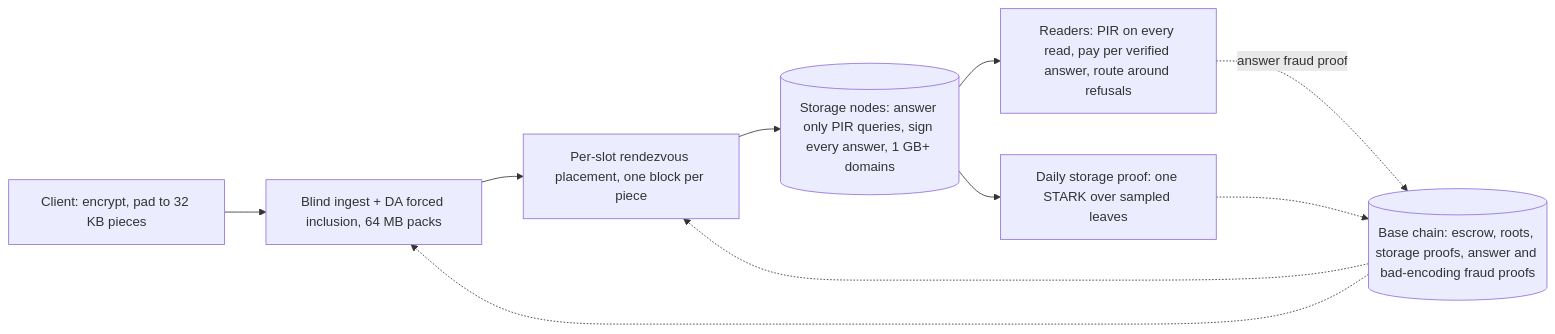
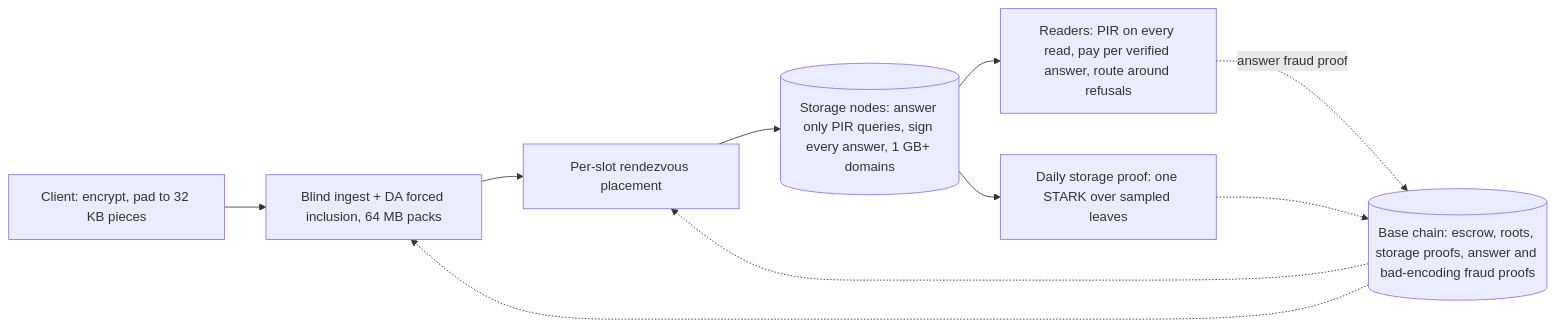
One commit to qphe95/holoweave changed the diagram in docs/design.md. Above: the diagram before and after it, drawn with Mermaid. The commit also changed other lines of this file and 10 other files, not shown here.

````diff
--- a/docs/design.md
+++ b/docs/design.md
@@ -61,12 +63,12 @@
 ```mermaid
 flowchart LR
   C[Client: encrypt, pad to 32 KB pieces] --> I[Blind ingest + DA forced inclusion, 64 MB packs]
-  I --> P[Per-slot rendezvous placement, one block per piece]
+  I --> P[Per-slot rendezvous placement]
   P --> S[(Storage nodes: answer only PIR queries, sign every answer, 1 GB+ domains)]
   S --> R[Readers: PIR on every read, pay per verified answer, route around refusals]
   R -.->|answer fraud proof| B
   S --> SP[Daily storage proof: one STARK over sampled leaves]
   SP -.-> B
   B[(Base chain: escrow, roots, storage proofs, answer and bad-encoding fraud proofs)] -.-> I
   B -.-> P
 ```
````
